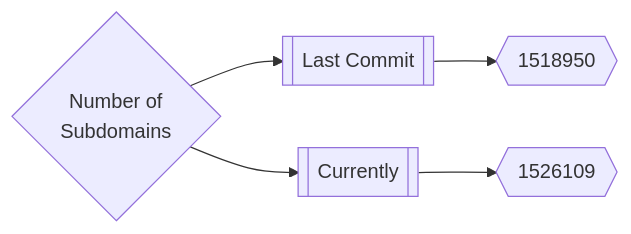
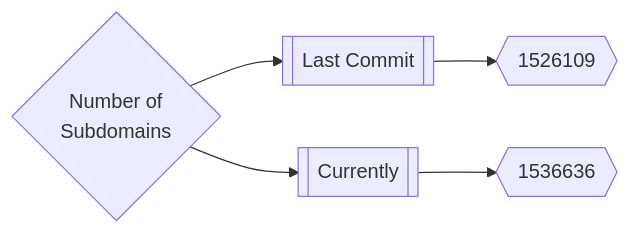
One commit to trickest/inventory changed the first of 3 diagrams in README.md. Above: the diagram before and after it, drawn with Mermaid. The commit also changed other lines of this file and 203 other files, not shown here.

````diff
--- a/README.md
+++ b/README.md
@@ -165,5 +165,5 @@
 ```mermaid
 graph LR
-title{Number of<br>Subdomains} --> subdomainsDate1[[Last Commit]] --> subdomainsNum1{{1518950}}
-title --> subdomainsDate2[[Currently]] --> subdomainsNum2{{1526109}}
+title{Number of<br>Subdomains} --> subdomainsDate1[[Last Commit]] --> subdomainsNum1{{1526109}}
+title --> subdomainsDate2[[Currently]] --> subdomainsNum2{{1536636}}
 ```
````
